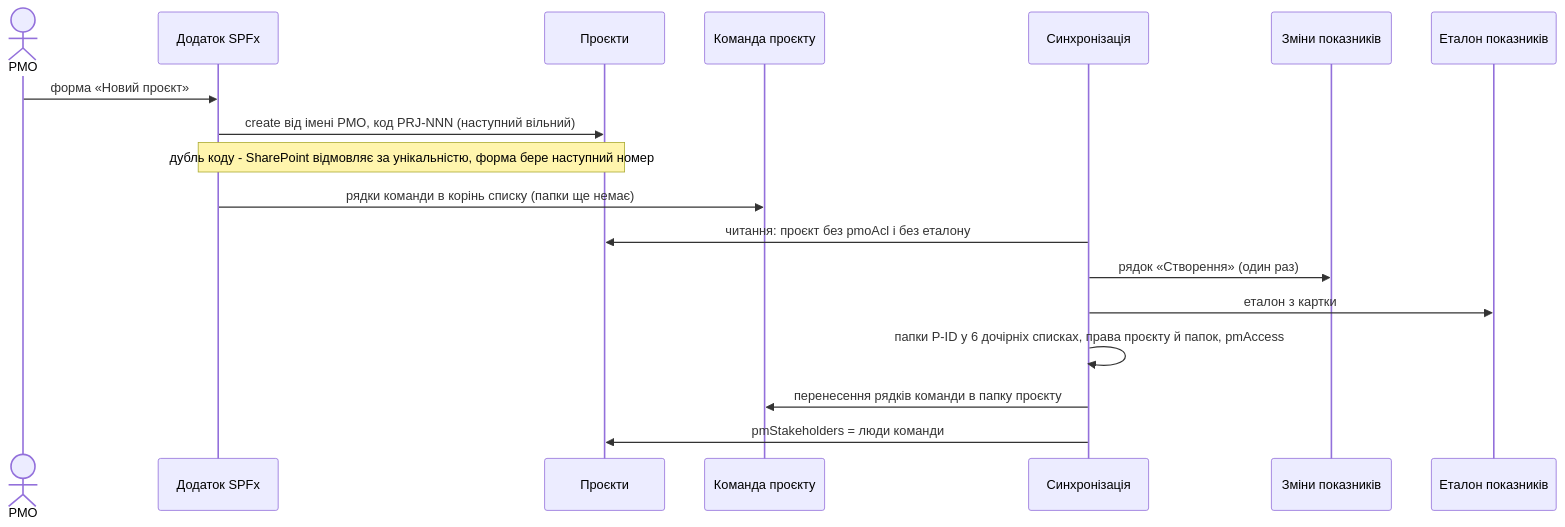
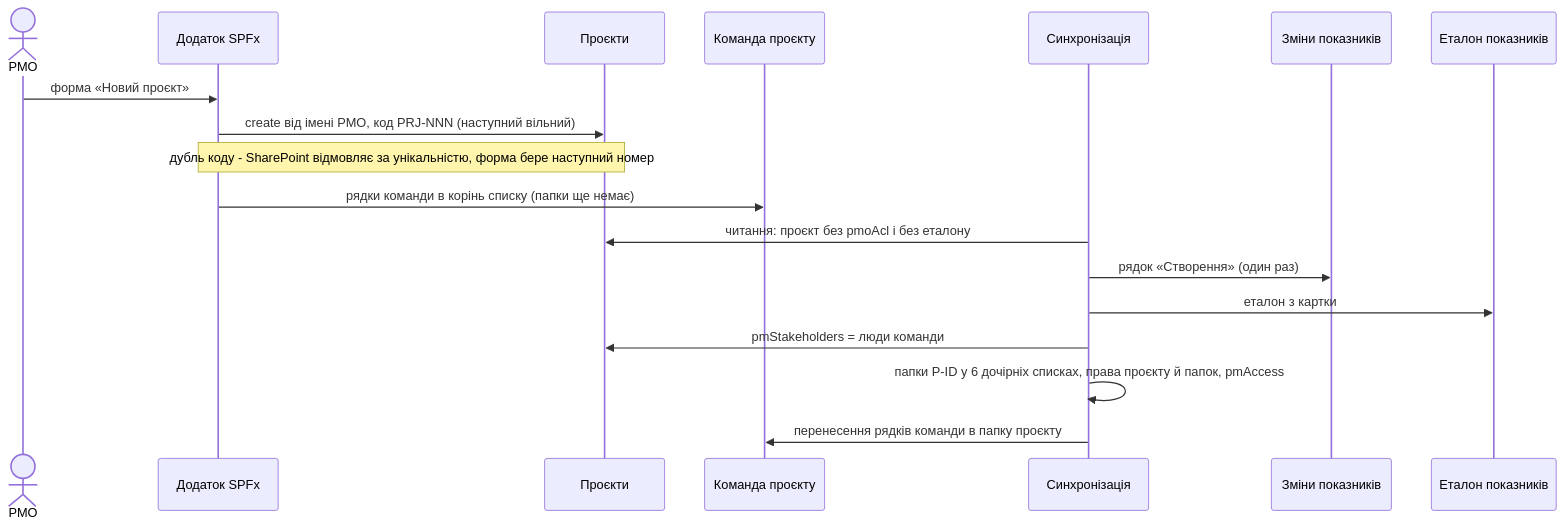
Before and after one commit to Acidsly/pmo-portal: the second of 14 diagrams in docs/ARCHITECTURE.md, drawn with Mermaid. The commit also changed other lines of this file and 24 other files, not shown here.

````diff
--- a/docs/ARCHITECTURE.md
+++ b/docs/ARCHITECTURE.md
@@ -86,20 +86,20 @@
 ```mermaid
 sequenceDiagram
     actor PMO
     participant App as Додаток SPFx
     participant P as Проєкти
     participant T as Команда проєкту
     participant S as Синхронізація
     participant J as Зміни показників
     participant E as Еталон показників
     PMO->>App: форма «Новий проєкт»
     App->>P: create від імені PMO, код PRJ-NNN (наступний вільний)
     Note over App,P: дубль коду - SharePoint відмовляє за унікальністю, форма бере наступний номер
     App->>T: рядки команди в корінь списку (папки ще немає)
     S->>P: читання: проєкт без pmoAcl і без еталону
     S->>J: рядок «Створення» (один раз)
     S->>E: еталон з картки
+    S->>P: pmStakeholders = люди команди
     S->>S: папки P-ID у 6 дочірніх списках, права проєкту й папок, pmAccess
     S->>T: перенесення рядків команди в папку проєкту
-    S->>P: pmStakeholders = люди команди
 ```
````
